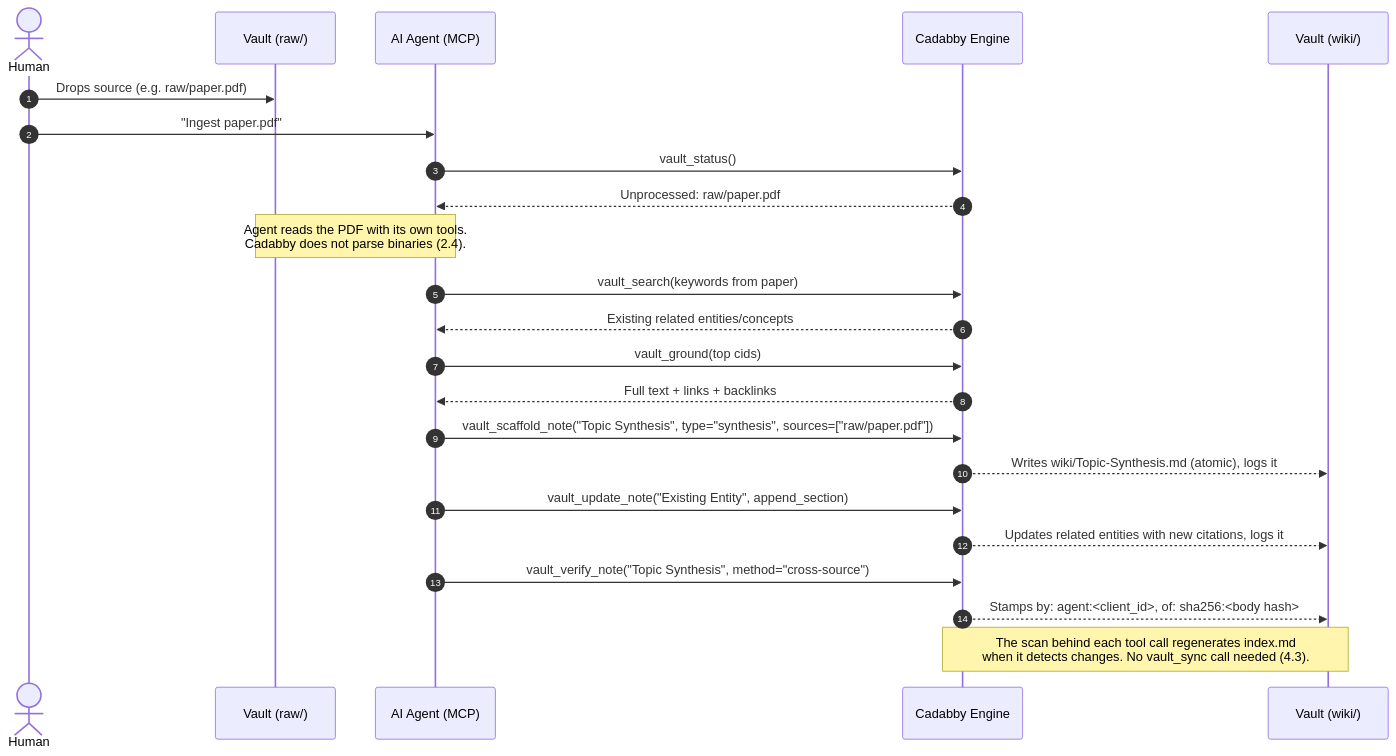
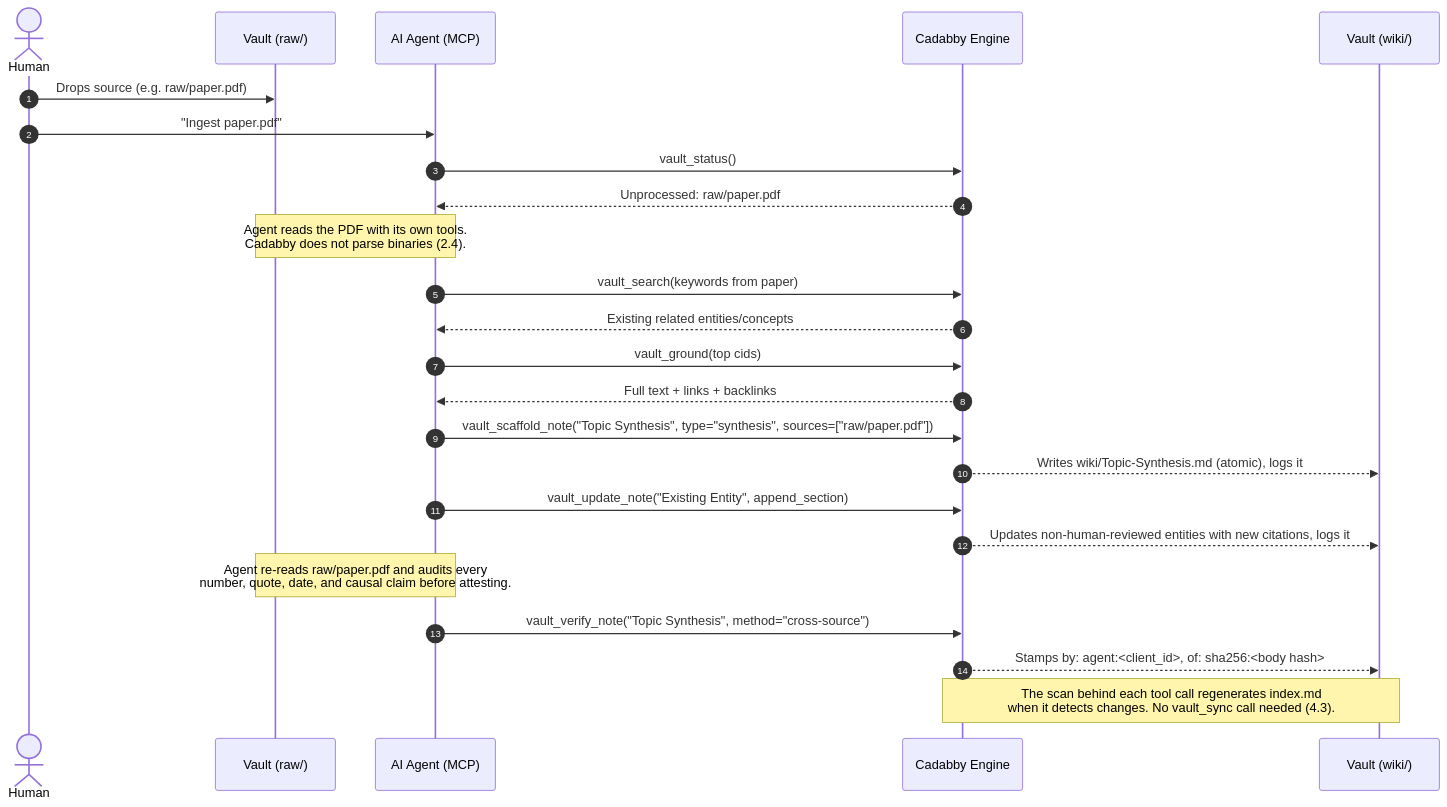
One commit to naikoob/cadabby changed the second of 2 diagrams in SPECIFICATION.md. Above: the diagram before and after it, drawn with Mermaid. The commit also changed other lines of this file and 33 other files, not shown here.

````diff
--- a/SPECIFICATION.md
+++ b/SPECIFICATION.md
@@ -691,26 +699,27 @@
 ```mermaid
 sequenceDiagram
     autonumber
     actor H as Human
     participant V as Vault (raw/)
     participant A as AI Agent (MCP)
     participant C as Cadabby Engine
     participant W as Vault (wiki/)
 
     H->>V: Drops source (e.g. raw/paper.pdf)
     H->>A: "Ingest paper.pdf"
     A->>C: vault_status()
     C-->>A: Unprocessed: raw/paper.pdf
     Note over A,V: Agent reads the PDF with its own tools.<br/>Cadabby does not parse binaries (2.4).
     A->>C: vault_search(keywords from paper)
     C-->>A: Existing related entities/concepts
     A->>C: vault_ground(top cids)
     C-->>A: Full text + links + backlinks
     A->>C: vault_scaffold_note("Topic Synthesis", type="synthesis", sources=["raw/paper.pdf"])
     C-->>W: Writes wiki/Topic-Synthesis.md (atomic), logs it
     A->>C: vault_update_note("Existing Entity", append_section)
-    C-->>W: Updates related entities with new citations, logs it
+    C-->>W: Updates non-human-reviewed entities with new citations, logs it
+    Note over A,V: Agent re-reads raw/paper.pdf and audits every<br/>number, quote, date, and causal claim before attesting.
     A->>C: vault_verify_note("Topic Synthesis", method="cross-source")
     C-->>W: Stamps by: agent:<client_id>, of: sha256:<body hash>
     Note over C,W: The scan behind each tool call regenerates index.md<br/>when it detects changes. No vault_sync call needed (4.3).
 ```
````
